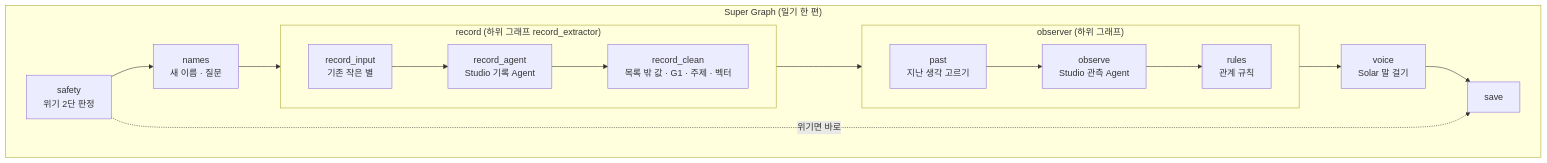
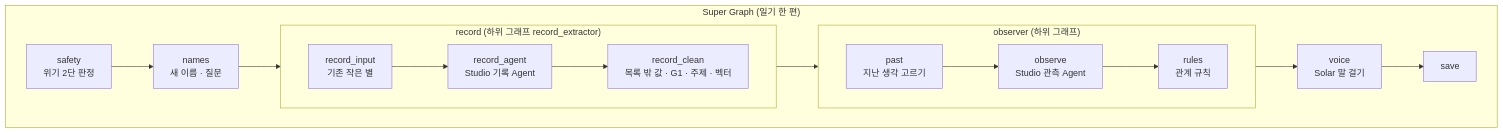
One commit to Lumiere001/my-universe changed the fourth of 4 diagrams in docs/tech-explainer-v8.md. Above: the diagram before and after it, drawn with Mermaid. The commit also changed other lines of this file and 48 other files, not shown here.

````diff
--- a/docs/tech-explainer-v8.md
+++ b/docs/tech-explainer-v8.md
@@ -396,20 +396,19 @@
 ```mermaid
 flowchart LR
     subgraph SG["Super Graph (일기 한 편)"]
         direction LR
         safety["safety<br/>위기 2단 판정"] --> names["names<br/>새 이름 · 질문"]
         names --> REC
         subgraph REC["record (하위 그래프 record_extractor)"]
             direction LR
             rin["record_input<br/>기존 작은 별"] --> rtool["record_agent<br/>Studio 기록 Agent"] --> rclean["record_clean<br/>목록 밖 값 · G1 · 주제 · 벡터"]
         end
         REC --> OBS
         subgraph OBS["observer (하위 그래프)"]
             direction LR
             past["past<br/>지난 생각 고르기"] --> otool["observe<br/>Studio 관측 Agent"] --> orules["rules<br/>관계 규칙"]
         end
         OBS --> voice["voice<br/>Solar 말 걸기"]
         voice --> save["save"]
     end
-    safety -.->|위기면 바로| save
 ```
````
